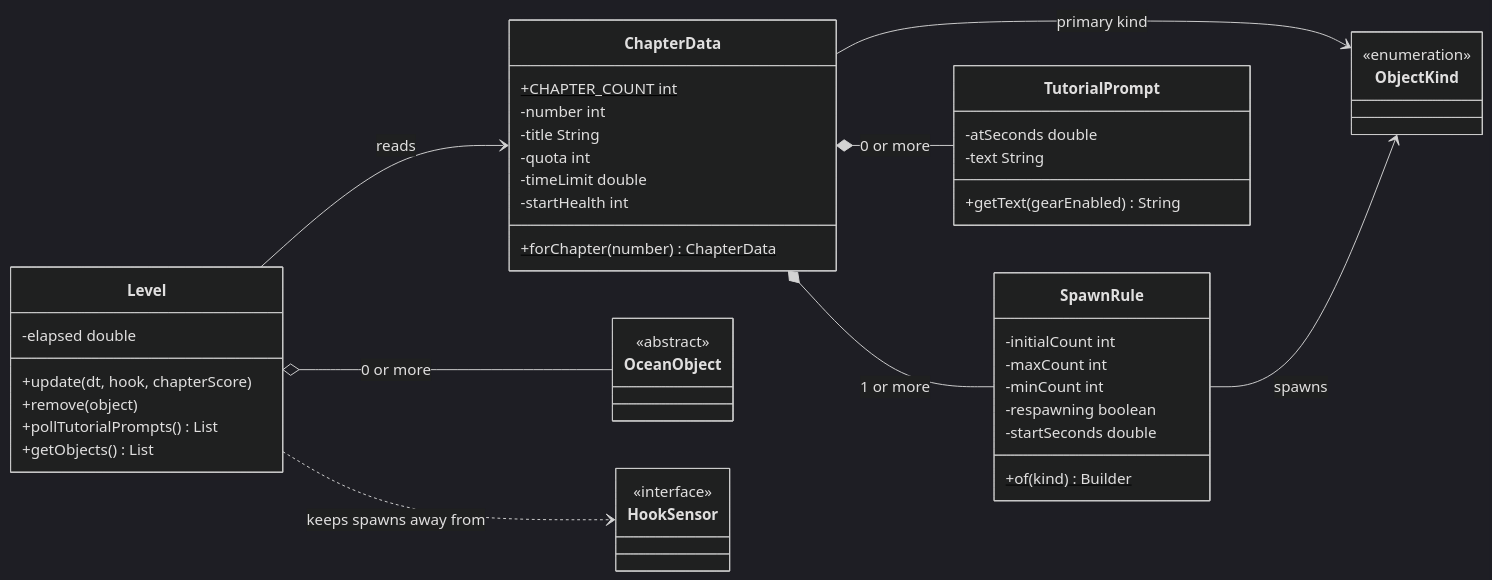
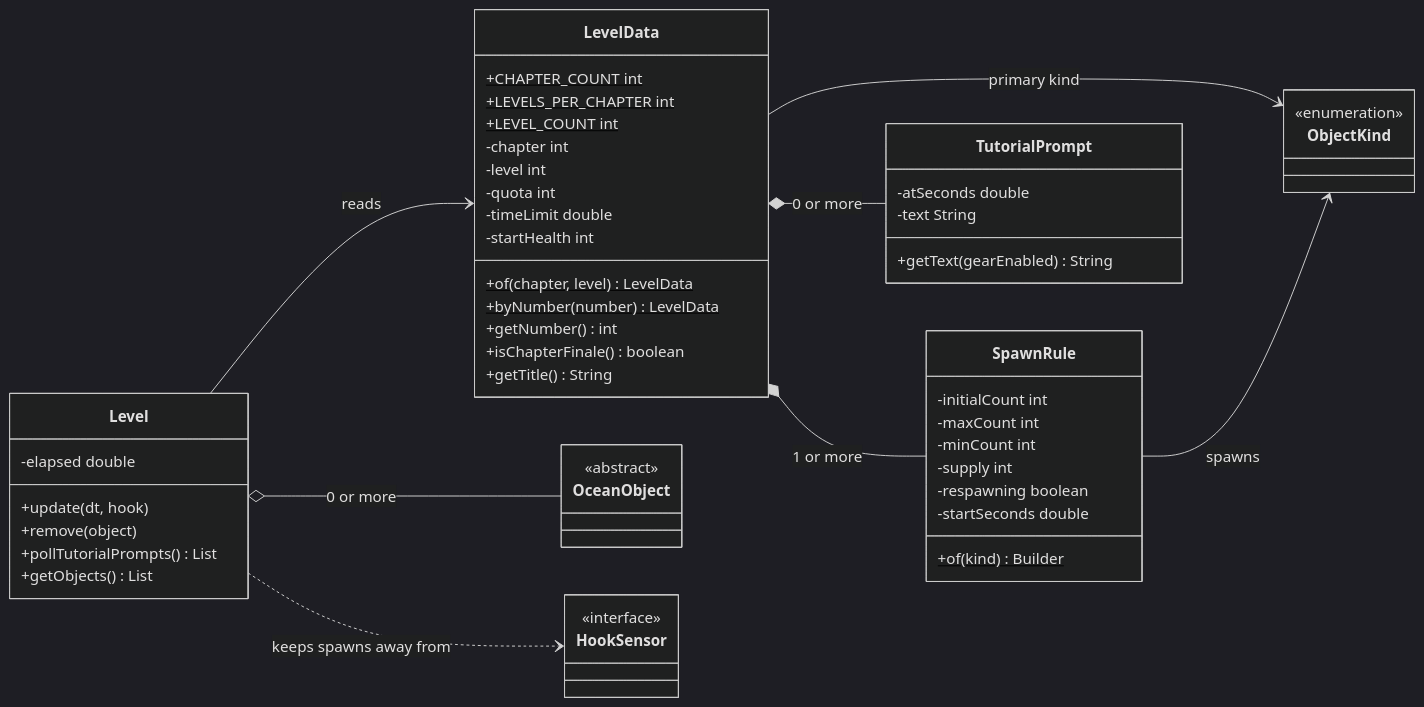
The third of 7 diagrams in docs/class-diagram.md (NJJAV33/Fish2trash), drawn with Mermaid (dark theme) before and after one commit. The commit also changed other lines of this file and 68 other files, not shown here.

````diff
--- a/docs/class-diagram.md
+++ b/docs/class-diagram.md
@@ -277,57 +294,64 @@
 ```mermaid
 classDiagram
     direction LR
 
-    class ChapterData {
+    class LevelData {
         +CHAPTER_COUNT int$
-        -number int
-        -title String
+        +LEVELS_PER_CHAPTER int$
+        +LEVEL_COUNT int$
+        -chapter int
+        -level int
         -quota int
         -timeLimit double
         -startHealth int
-        +forChapter(number)$ ChapterData
+        +of(chapter, level)$ LevelData
+        +byNumber(number)$ LevelData
+        +getNumber() int
+        +isChapterFinale() boolean
+        +getTitle() String
     }
 
     class SpawnRule {
         -initialCount int
         -maxCount int
         -minCount int
+        -supply int
         -respawning boolean
         -startSeconds double
         +of(kind)$ Builder
     }
 
     class TutorialPrompt {
         -atSeconds double
         -text String
         +getText(gearEnabled) String
     }
 
     class Level {
         -elapsed double
-        +update(dt, hook, chapterScore)
+        +update(dt, hook)
         +remove(object)
         +pollTutorialPrompts() List
         +getObjects() List
     }
 
     class ObjectKind {
         <<enumeration>>
     }
 
     class OceanObject {
         <<abstract>>
     }
 
     class HookSensor {
         <<interface>>
     }
 
-    ChapterData *-- SpawnRule : 1 or more
-    ChapterData *-- TutorialPrompt : 0 or more
-    ChapterData --> ObjectKind : primary kind
+    LevelData *-- SpawnRule : 1 or more
+    LevelData *-- TutorialPrompt : 0 or more
+    LevelData --> ObjectKind : primary kind
     SpawnRule --> ObjectKind : spawns
-    Level --> ChapterData : reads
+    Level --> LevelData : reads
     Level o-- OceanObject : 0 or more
     Level ..> HookSensor : keeps spawns away from
 ```
````
